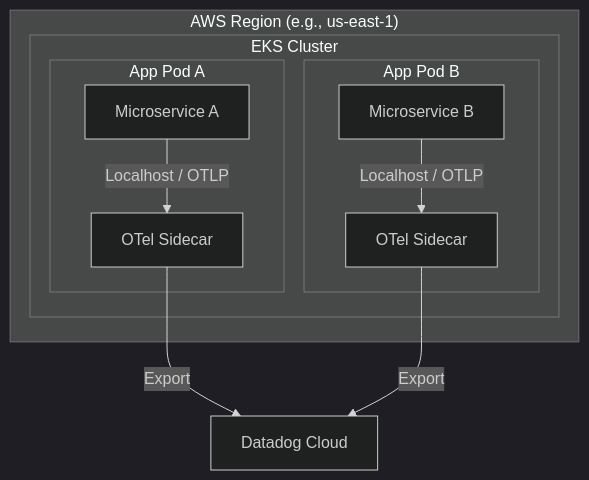
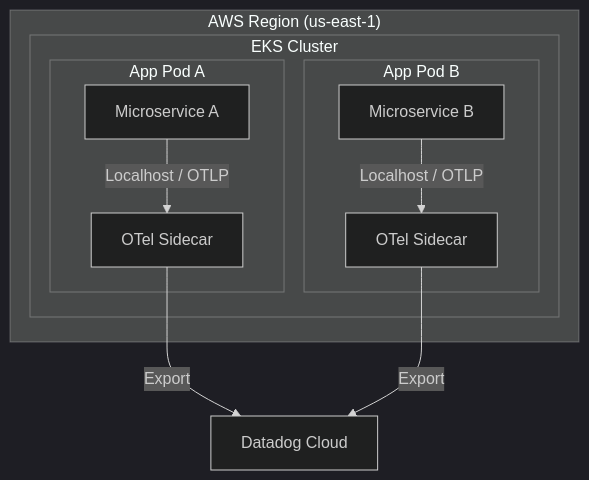
The first of 5 diagrams in architecture-decisions-and-tradeoffs.md (ok-karthik/eks-otel-observability-sandbox), drawn with Mermaid (dark theme) before and after one commit. The commit also changed other lines of this file and 19 other files, not shown here.

Commit message:
feat: implement observability platform foundations, including tail-sampling configurations, golden signal dashboards, and Helm-based alerting, while refining architecture decision documentation.

````diff
--- a/architecture-decisions-and-tradeoffs.md
+++ b/architecture-decisions-and-tradeoffs.md
@@ -15,16 +15,16 @@
 ```mermaid
 graph TD
-    subgraph Region["AWS Region (e.g., us-east-1)"]
+    subgraph Region["AWS Region (us-east-1)"]
         subgraph EKSCluster["EKS Cluster"]
             subgraph PodA["App Pod A"]
                 AppA["Microservice A"] -->|Localhost / OTLP| SidecarA["OTel Sidecar"]
             end
             subgraph PodB["App Pod B"]
                 AppB["Microservice B"] -->|Localhost / OTLP| SidecarB["OTel Sidecar"]
             end
         end
     end
     
     SidecarA -->|Export| Datadog["Datadog Cloud"]
     SidecarB -->|Export| Datadog
 ```
````
